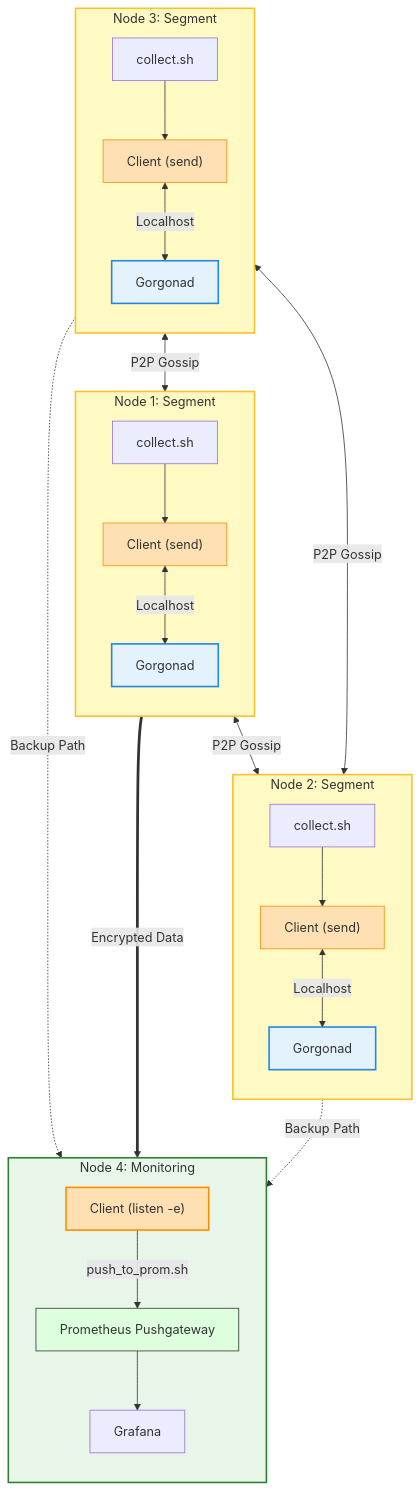
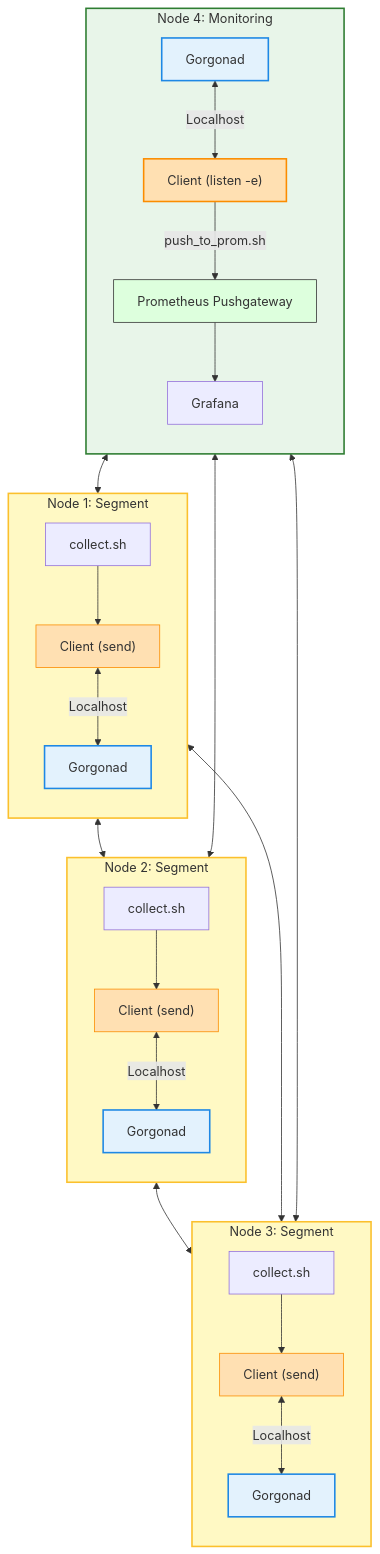
Before and after one commit to psqlmaster/gorgona: the diagram in plugins/prom_push/readme.md, drawn with Mermaid.

Commit message:
docs(prom_push): add redundant paths to architecture diagram to highlight P2P resilience

````diff
--- a/plugins/prom_push/readme.md
+++ b/plugins/prom_push/readme.md
@@ -38,54 +38,54 @@
 ```mermaid
 graph TD
     %% Segment Nodes
     subgraph S1 ["Node 1: Segment"]
         direction TB
         sh1["collect.sh"] --> C1["Client (send)"]
         C1 <-->|Localhost| D1["Gorgonad"]
     end
 
     subgraph S2 ["Node 2: Segment"]
         direction TB
         sh2["collect.sh"] --> C2["Client (send)"]
         C2 <-->|Localhost| D2["Gorgonad"]
     end
 
     subgraph S3 ["Node 3: Segment"]
         direction TB
         sh3["collect.sh"] --> C3["Client (send)"]
         C3 <-->|Localhost| D3["Gorgonad"]
     end
 
-    %% Prometheus Node
+    %% Prometheus Node (Now with its own Gorgonad)
     subgraph PROM ["Node 4: Monitoring"]
         direction TB
-        C4["Client (listen -e)"] -->|push_to_prom.sh| GW["Prometheus Pushgateway"]
+        D4["Gorgonad"] <-->|Localhost| C4["Client (listen -e)"]
+        C4 -->|push_to_prom.sh| GW["Prometheus Pushgateway"]
         GW --> Grafana["Grafana"]
     end
 
-    %% P2P Mesh (Full Triangle)
-    D1 <-->|P2P Gossip| D2
-    D2 <-->|P2P Gossip| D3
-    D3 <-->|P2P Gossip| D1
-
-    %% Telemetry Flow (Primary and Backup paths)
-    D1 ==>|Encrypted Data| C4
-    D2 -.->|Backup Path| C4
-    D3 -.->|Backup Path| C4
+    %% P2P Mesh (Full Mesh between all 4 Daemons)
+    D1 <--> D2
+    D2 <--> D3
+    D3 <--> D4
+    D4 <--> D1
+    D1 <--> D3
+    D2 <--> D4
 
     %% Styling Nodes (Yellow for Segments, Green for Monitoring)
     style S1 fill:#fff9c4,stroke:#fbc02d,stroke-width:2px
     style S2 fill:#fff9c4,stroke:#fbc02d,stroke-width:2px
     style S3 fill:#fff9c4,stroke:#fbc02d,stroke-width:2px
     style PROM fill:#e8f5e9,stroke:#2e7d32,stroke-width:2px
 
     %% Styling Components
     style C1 fill:#ffe0b2,stroke:#fb8c00
     style C2 fill:#ffe0b2,stroke:#fb8c00
     style C3 fill:#ffe0b2,stroke:#fb8c00
     style C4 fill:#ffe0b2,stroke:#fb8c00,stroke-width:2px
     style D1 fill:#e3f2fd,stroke:#1e88e5,stroke-width:2px
     style D2 fill:#e3f2fd,stroke:#1e88e5,stroke-width:2px
     style D3 fill:#e3f2fd,stroke:#1e88e5,stroke-width:2px
+    style D4 fill:#e3f2fd,stroke:#1e88e5,stroke-width:2px
     style GW fill:#dfd,stroke:#333
 ```
````
